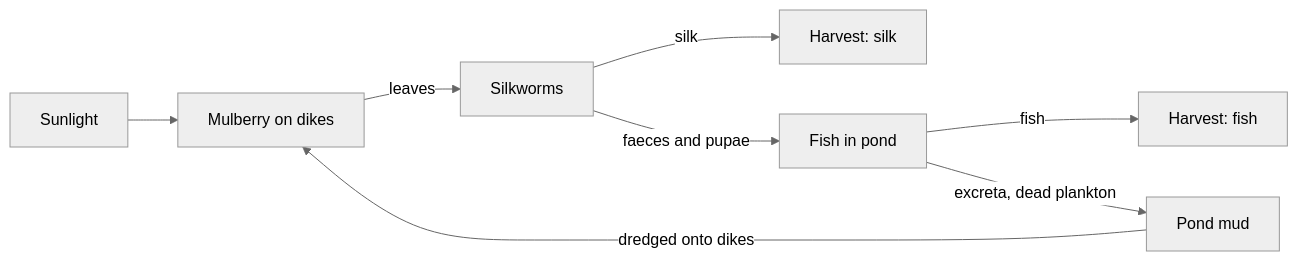
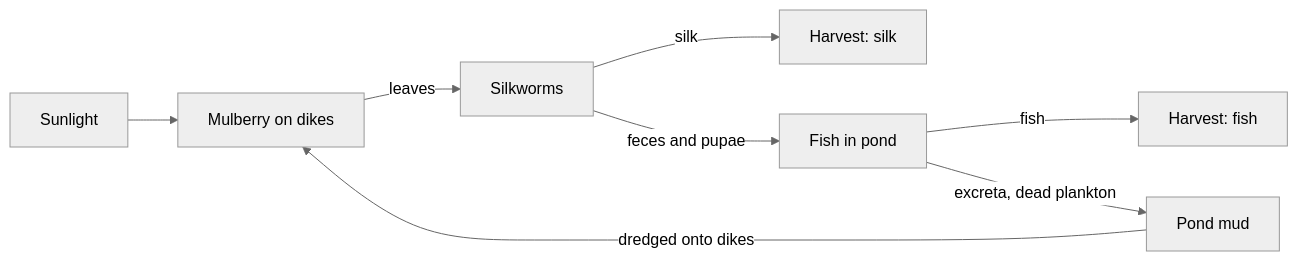
The diagram in content/7.biology/7.19.ecology/7.19.54.agroecology-pollution-and-human-ecology/index.en.md (zf-li23/personal-wiki-site), drawn with Mermaid (neutral theme) before and after one commit. The commit also changed 961 other files, not shown here.

````diff
--- a/content/7.biology/7.19.ecology/7.19.54.agroecology-pollution-and-human-ecology/index.en.md
+++ b/content/7.biology/7.19.ecology/7.19.54.agroecology-pollution-and-human-ecology/index.en.md
@@ -79,10 +79,10 @@
 ```mermaid
 flowchart LR
   S[Sunlight] --> M[Mulberry on dikes]
   M -->|leaves| W[Silkworms]
   W -->|silk| H[Harvest: silk]
-  W -->|faeces and pupae| F[Fish in pond]
+  W -->|feces and pupae| F[Fish in pond]
   F -->|fish| H2[Harvest: fish]
   F -->|excreta, dead plankton| D[Pond mud]
   D -->|dredged onto dikes| M
 ```
````
